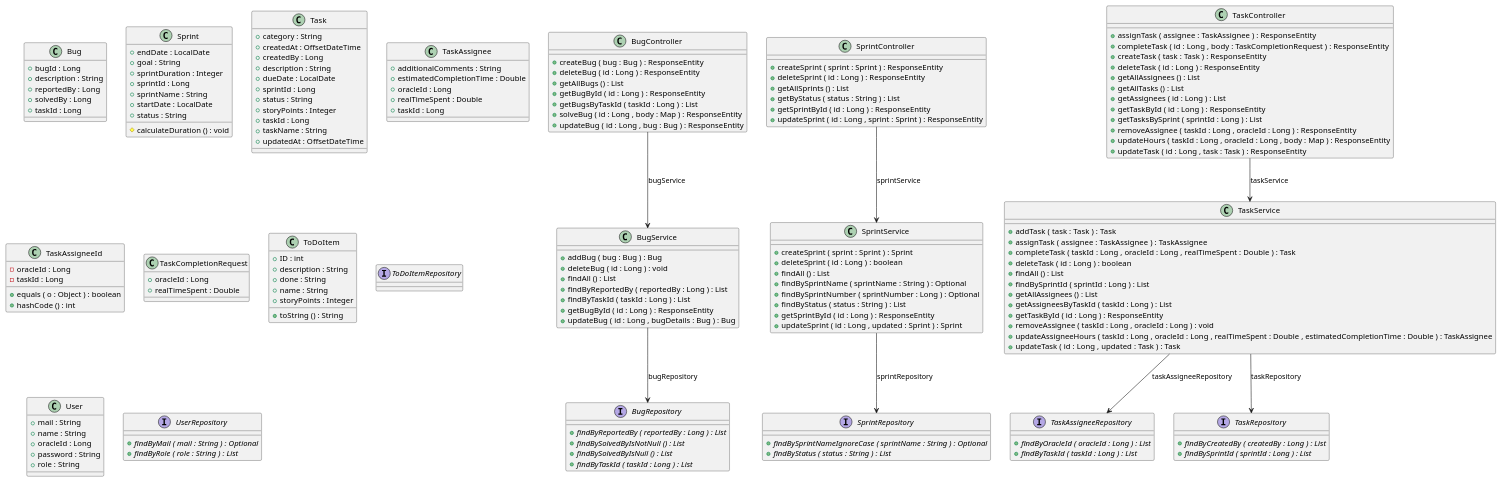
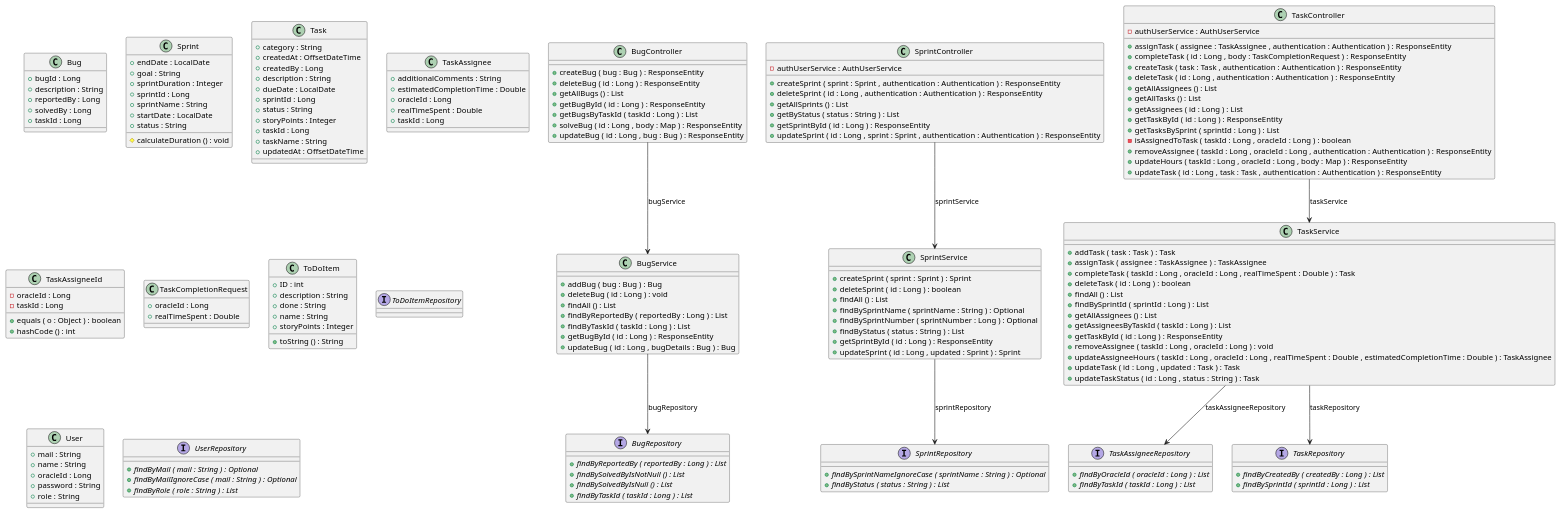
The diagram in docs/diagrams/task-domain.puml (AnaJmz345/oci_devops_project), drawn with PlantUML before and after one commit. The commit also changed 11 other files, not shown here.

```diff
--- a/docs/diagrams/task-domain.puml
+++ b/docs/diagrams/task-domain.puml
@@ -52,12 +52,13 @@
 
 
 class SprintController {
-	{method} +createSprint ( sprint : Sprint ) : ResponseEntity
-	{method} +deleteSprint ( id : Long ) : ResponseEntity
+	{field} -authUserService : AuthUserService
+	{method} +createSprint ( sprint : Sprint , authentication : Authentication ) : ResponseEntity
+	{method} +deleteSprint ( id : Long , authentication : Authentication ) : ResponseEntity
 	{method} +getAllSprints () : List
 	{method} +getByStatus ( status : String ) : List
 	{method} +getSprintById ( id : Long ) : ResponseEntity
-	{method} +updateSprint ( id : Long , sprint : Sprint ) : ResponseEntity
+	{method} +updateSprint ( id : Long , sprint : Sprint , authentication : Authentication ) : ResponseEntity
 }
 
 
@@ -124,18 +125,20 @@
 
 
 class TaskController {
-	{method} +assignTask ( assignee : TaskAssignee ) : ResponseEntity
+	{field} -authUserService : AuthUserService
+	{method} +assignTask ( assignee : TaskAssignee , authentication : Authentication ) : ResponseEntity
 	{method} +completeTask ( id : Long , body : TaskCompletionRequest ) : ResponseEntity
-	{method} +createTask ( task : Task ) : ResponseEntity
-	{method} +deleteTask ( id : Long ) : ResponseEntity
+	{method} +createTask ( task : Task , authentication : Authentication ) : ResponseEntity
+	{method} +deleteTask ( id : Long , authentication : Authentication ) : ResponseEntity
 	{method} +getAllAssignees () : List
 	{method} +getAllTasks () : List
 	{method} +getAssignees ( id : Long ) : List
 	{method} +getTaskById ( id : Long ) : ResponseEntity
 	{method} +getTasksBySprint ( sprintId : Long ) : List
-	{method} +removeAssignee ( taskId : Long , oracleId : Long ) : ResponseEntity
+	{method} -isAssignedToTask ( taskId : Long , oracleId : Long ) : boolean
+	{method} +removeAssignee ( taskId : Long , oracleId : Long , authentication : Authentication ) : ResponseEntity
 	{method} +updateHours ( taskId : Long , oracleId : Long , body : Map ) : ResponseEntity
-	{method} +updateTask ( id : Long , task : Task ) : ResponseEntity
+	{method} +updateTask ( id : Long , task : Task , authentication : Authentication ) : ResponseEntity
 }
 
 
@@ -158,6 +161,7 @@
 	{method} +removeAssignee ( taskId : Long , oracleId : Long ) : void
 	{method} +updateAssigneeHours ( taskId : Long , oracleId : Long , realTimeSpent : Double , estimatedCompletionTime : Double ) : TaskAssignee
 	{method} +updateTask ( id : Long , updated : Task ) : Task
+	{method} +updateTaskStatus ( id : Long , status : String ) : Task
 }
 
 
@@ -186,6 +190,7 @@
 
 interface UserRepository {
 	{method}  {abstract} +findByMail ( mail : String ) : Optional
+	{method}  {abstract} +findByMailIgnoreCase ( mail : String ) : Optional
 	{method}  {abstract} +findByRole ( role : String ) : List
 }
 
```
